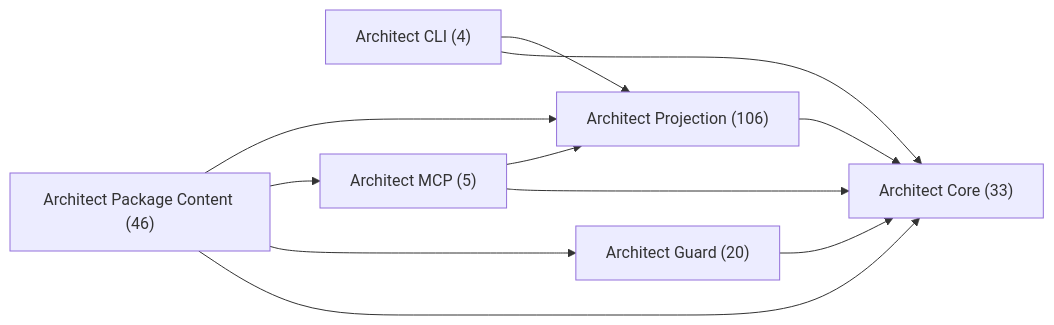
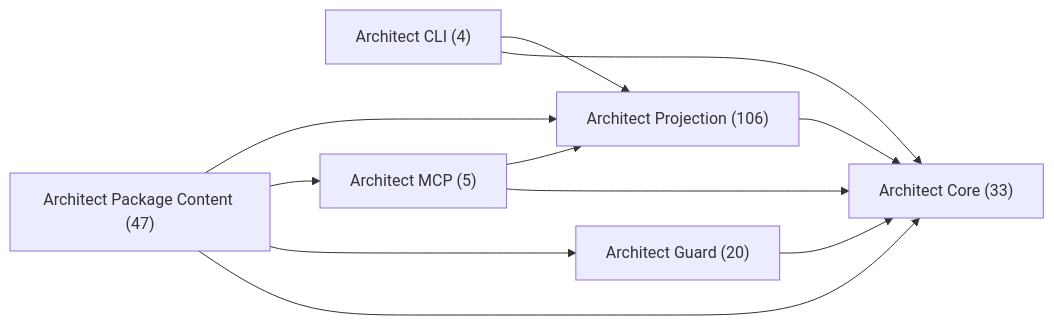
Before and after one commit to libar-dev/architect: the first of 7 diagrams in docs-live/design-review/by-package.md, drawn with Mermaid. The commit also changed other lines of this file and 8 other files, not shown here.

````diff
--- a/docs-live/design-review/by-package.md
+++ b/docs-live/design-review/by-package.md
@@ -18,19 +18,19 @@
 ```mermaid
 graph LR
   pkg_architect_cli["Architect CLI (4)"]
   pkg_architect_core["Architect Core (33)"]
   pkg_architect_guard["Architect Guard (20)"]
   pkg_architect_mcp["Architect MCP (5)"]
-  pkg_architect_package_content["Architect Package Content (46)"]
+  pkg_architect_package_content["Architect Package Content (47)"]
   pkg_architect_projection["Architect Projection (106)"]
   pkg_architect_cli --> pkg_architect_core
   pkg_architect_cli --> pkg_architect_projection
   pkg_architect_guard --> pkg_architect_core
   pkg_architect_mcp --> pkg_architect_core
   pkg_architect_mcp --> pkg_architect_projection
   pkg_architect_package_content --> pkg_architect_core
   pkg_architect_package_content --> pkg_architect_guard
   pkg_architect_package_content --> pkg_architect_mcp
   pkg_architect_package_content --> pkg_architect_projection
   pkg_architect_projection --> pkg_architect_core
 ```
````
